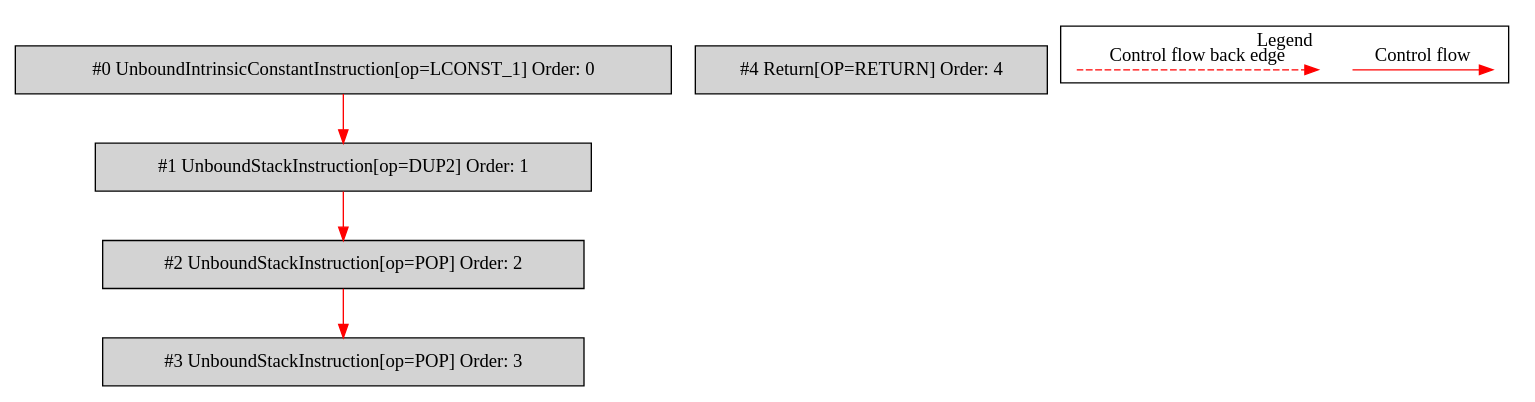
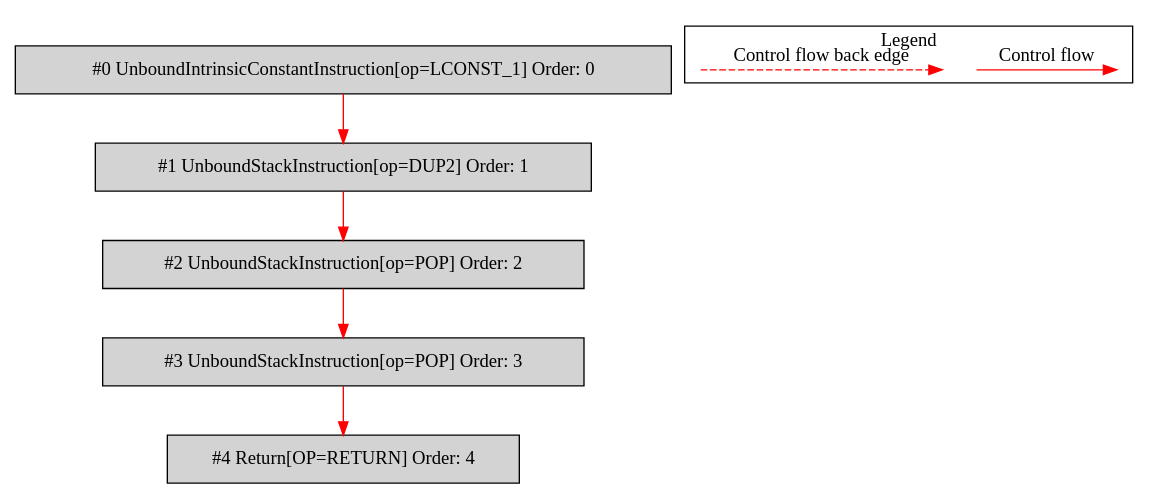
One commit to mirkosertic/MetaIR changed the diagram in de.mirkosertic.metair.ir.OpcodeDUP2Test/test_DUP2_form2/bytecodecfg.dot. Above: the diagram before and after it, drawn with Graphviz. The commit also changed 649 other files, not shown here.

```diff
--- a/de.mirkosertic.metair.ir.OpcodeDUP2Test/test_DUP2_form2/bytecodecfg.dot
+++ b/de.mirkosertic.metair.ir.OpcodeDUP2Test/test_DUP2_form2/bytecodecfg.dot
@@ -1,24 +1,25 @@
 digraph {
  node0[label="#0 UnboundIntrinsicConstantInstruction[op=LCONST_1] Order: 0", shape=box, fillcolor=lightgrey, style=filled];
  node1[label="#1 UnboundStackInstruction[op=DUP2] Order: 1", shape=box, fillcolor=lightgrey, style=filled];
  node2[label="#2 UnboundStackInstruction[op=POP] Order: 2", shape=box, fillcolor=lightgrey, style=filled];
  node3[label="#3 UnboundStackInstruction[op=POP] Order: 3", shape=box, fillcolor=lightgrey, style=filled];
  node4[label="#4 Return[OP=RETURN] Order: 4", shape=box, fillcolor=lightgrey, style=filled];
  node0 -> node1[color=red];
  node1 -> node2[color=red];
  node2 -> node3[color=red];
+ node3 -> node4[color=red];
  subgraph cluster_000 {
   label = "Legend";
   node [shape=point]
   {
    rank=same;
    c0 [style = invis];
    c1 [style = invis];
    c2 [style = invis];
    c3 [style = invis];
   }
   c0 -> c1 [label="Control flow", style=solid, color=red]
   c2 -> c3 [label="Control flow back edge", style=dashed, color=red]
  }
 
 }
```
